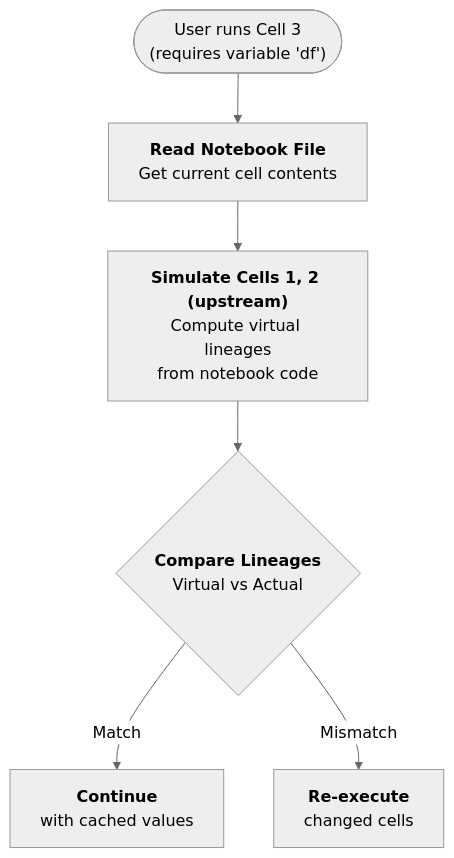
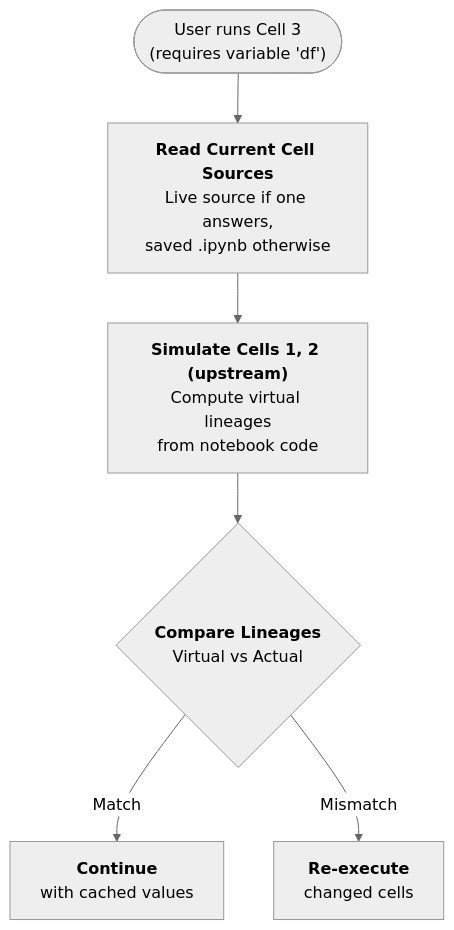
Before and after one commit to galgtonold/cash: the first of 2 diagrams in docs/how-it-works/invalidation.md, drawn with Mermaid (neutral theme). The commit also changed other lines of this file and 3 other files, not shown here.

````diff
--- a/docs/how-it-works/invalidation.md
+++ b/docs/how-it-works/invalidation.md
@@ -24,12 +27,12 @@
 ```mermaid
 flowchart TD
     START(["User runs Cell 3<br/>(requires variable 'df')"])
-    READ["<b>Read Notebook File</b><br/>Get current cell contents"]
+    READ["<b>Read Current Cell Sources</b><br/>Live source if one answers,<br/>saved .ipynb otherwise"]
     SIM["<b>Simulate Cells 1, 2 (upstream)</b><br/>Compute virtual lineages<br/>from notebook code"]
     CMP{"<b>Compare Lineages</b><br/>Virtual vs Actual"}
     OK["<b>Continue</b><br/>with cached values"]
     REX["<b>Re-execute</b><br/>changed cells"]
     START --> READ --> SIM --> CMP
     CMP -- Match --> OK
     CMP -- Mismatch --> REX
 ```
````
